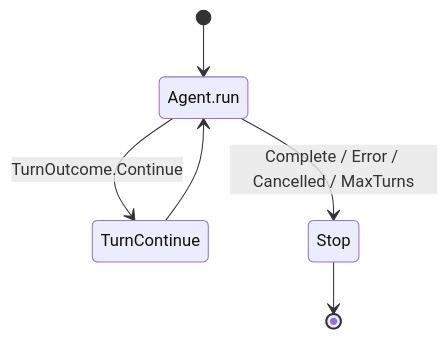
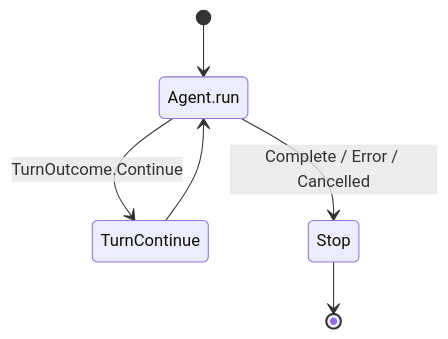
The second of 3 diagrams in doc/main/state_machines/README.md (M0z41D/closepaw), drawn with Mermaid before and after one commit. The commit also changed 20 other files, not shown here.

````diff
--- a/doc/main/state_machines/README.md
+++ b/doc/main/state_machines/README.md
@@ -40,9 +40,9 @@
 ```mermaid
 stateDiagram-v2
     state "Agent.run" as Agent
     [*] --> Agent
     Agent --> TurnContinue: TurnOutcome.Continue
     TurnContinue --> Agent
-    Agent --> Stop: Complete / Error / Cancelled / MaxTurns
+    Agent --> Stop: Complete / Error / Cancelled
     Stop --> [*]
 ```
````
